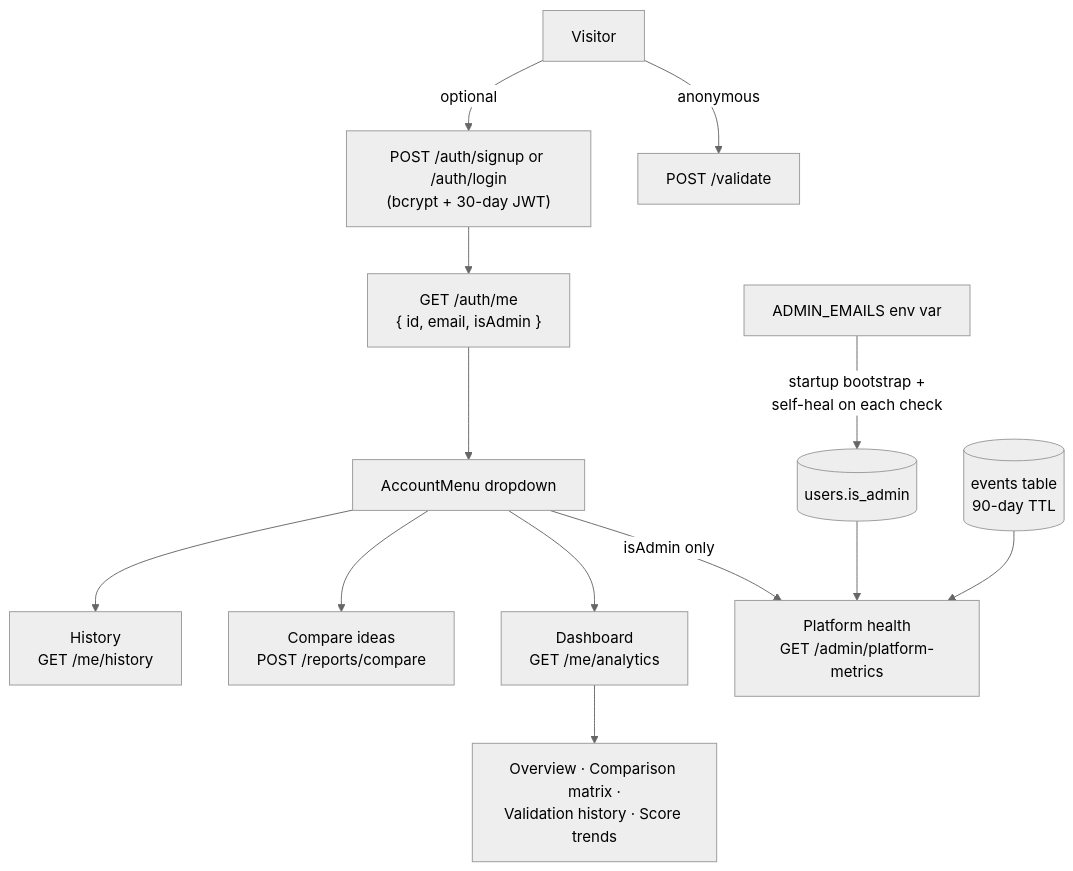
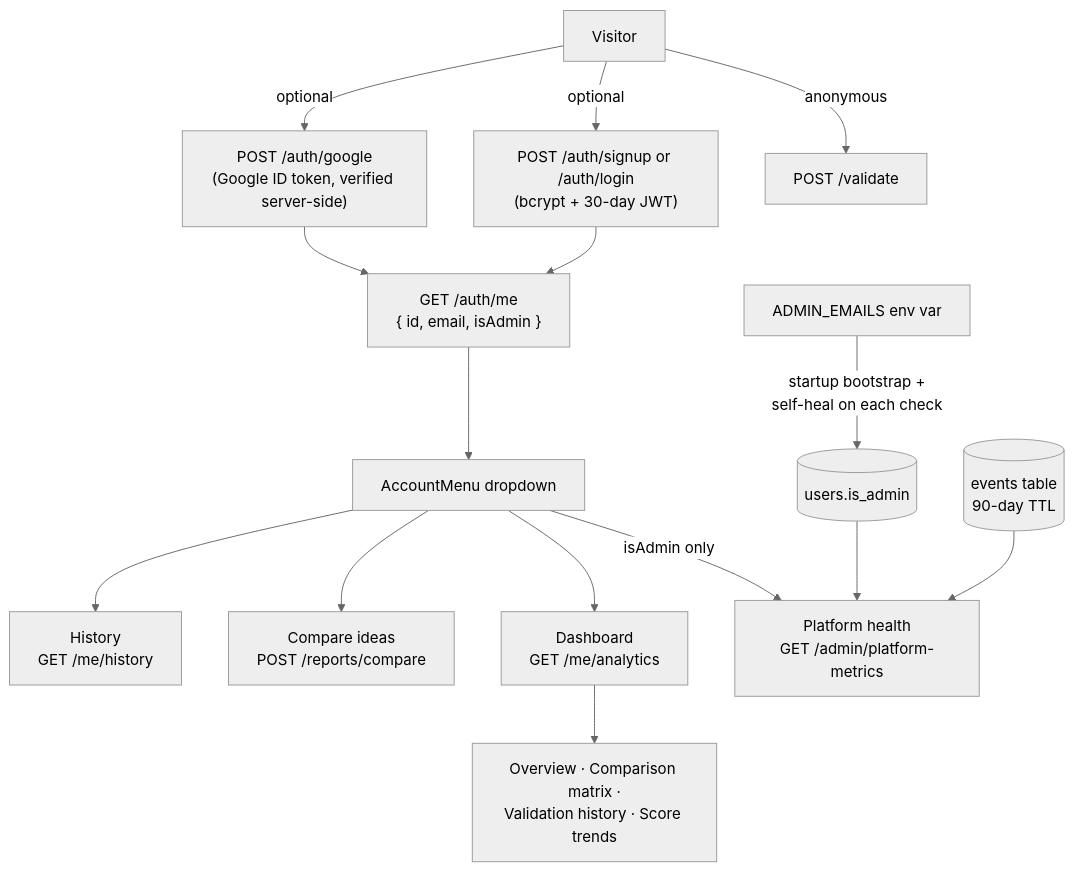
One commit to Yasaswini-ch/Development-of-AI-Based-Startup-Idea-Validator-with-Market-Analysis-Assistance changed the ninth of 11 diagrams in docs/12_AFFINITY_VISUAL_ARCHITECTURE_DIAGRAM_GALLERY.md. Above: the diagram before and after it, drawn with Mermaid (neutral theme). The commit also changed 18 other files, not shown here.

````diff
--- a/docs/12_AFFINITY_VISUAL_ARCHITECTURE_DIAGRAM_GALLERY.md
+++ b/docs/12_AFFINITY_VISUAL_ARCHITECTURE_DIAGRAM_GALLERY.md
@@ -272,15 +272,17 @@
 ```mermaid
 flowchart TD
     Visitor["Visitor"] -->|optional| SignIn["POST /auth/signup or /auth/login\n(bcrypt + 30-day JWT)"]
+    Visitor -->|optional| Google["POST /auth/google\n(Google ID token, verified server-side)"]
+    Google --> Me
     Visitor -->|anonymous| Validate["POST /validate"]
     SignIn --> Me["GET /auth/me\n{ id, email, isAdmin }"]
     Me --> Menu["AccountMenu dropdown"]
     Menu --> History["History\nGET /me/history"]
     Menu --> Compare["Compare ideas\nPOST /reports/compare"]
     Menu --> Dash["Dashboard\nGET /me/analytics"]
     Menu -->|isAdmin only| Health["Platform health\nGET /admin/platform-metrics"]
     Dash --> Tabs["Overview · Comparison matrix ·\nValidation history · Score trends"]
     Env["ADMIN_EMAILS env var"] -->|startup bootstrap +\nself-heal on each check| AdminFlag[("users.is_admin")]
     AdminFlag --> Health
     Events[("events table\n90-day TTL")] --> Health
 ```
````
